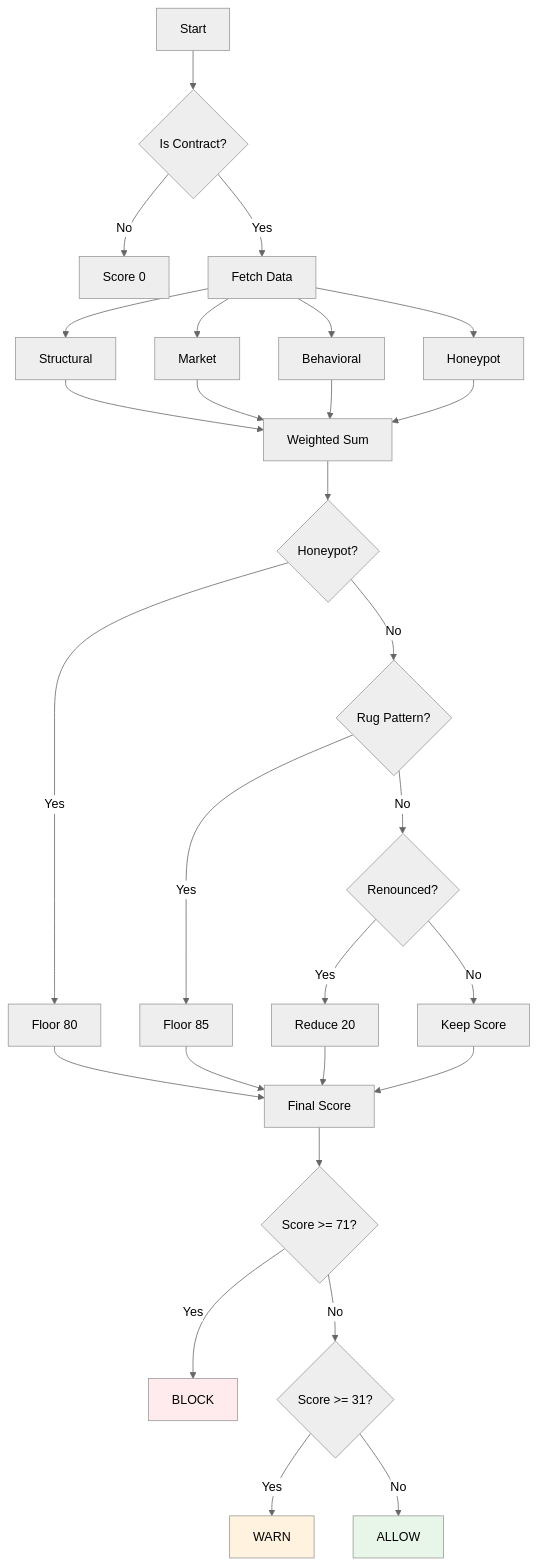
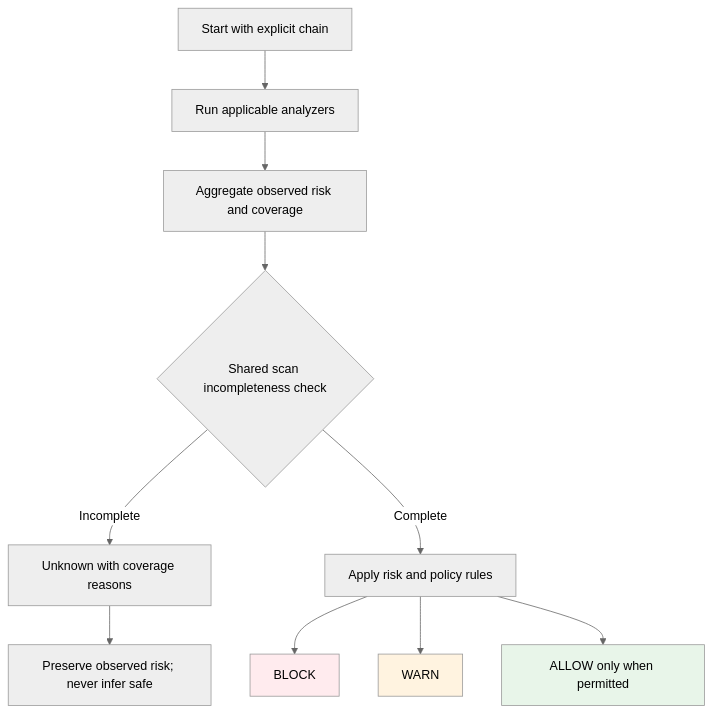
One commit to Ridwannurudeen/shieldbot changed the sixth of 6 diagrams in docs/ARCHITECTURE_DIAGRAM.md. Above: the diagram before and after it, drawn with Mermaid (neutral theme). The commit also changed other lines of this file and 77 other files, not shown here.

````diff
--- a/docs/ARCHITECTURE_DIAGRAM.md
+++ b/docs/ARCHITECTURE_DIAGRAM.md
@@ -155,41 +164,16 @@
 ```mermaid
 flowchart TD
-    A[Start] --> B{Is Contract?}
-    B -->|No| C[Score 0]
-    B -->|Yes| D[Fetch Data]
-
-    D --> E[Structural]
-    D --> F[Market]
-    D --> G[Behavioral]
-    D --> H[Honeypot]
-
-    E --> I[Weighted Sum]
-    F --> I
-    G --> I
-    H --> I
-
-    I --> J{Honeypot?}
-    J -->|Yes| K[Floor 80]
-    J -->|No| L{Rug Pattern?}
-
-    L -->|Yes| M[Floor 85]
-    L -->|No| N{Renounced?}
-
-    N -->|Yes| O[Reduce 20]
-    N -->|No| P[Keep Score]
-
-    K --> Q[Final Score]
-    M --> Q
-    O --> Q
-    P --> Q
-
-    Q --> R{Score >= 71?}
-    R -->|Yes| S[BLOCK]
-    R -->|No| T{Score >= 31?}
-    T -->|Yes| U[WARN]
-    T -->|No| V[ALLOW]
+    A[Start with explicit chain] --> B[Run applicable analyzers]
+    B --> C[Aggregate observed risk and coverage]
+    C --> D{Shared scan incompleteness check}
+    D -->|Incomplete| E[Unknown with coverage reasons]
+    E --> F[Preserve observed risk; never infer safe]
+    D -->|Complete| G[Apply risk and policy rules]
+    G --> S[BLOCK]
+    G --> U[WARN]
+    G --> V[ALLOW only when permitted]
 
     style S fill:#ffebee
     style U fill:#fff3e0
     style V fill:#e8f5e9
 ```
````
